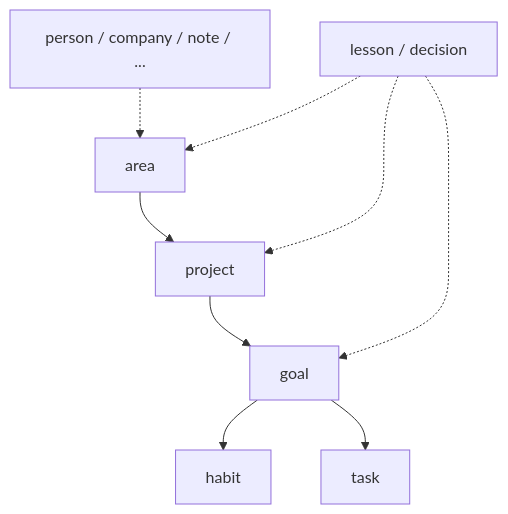
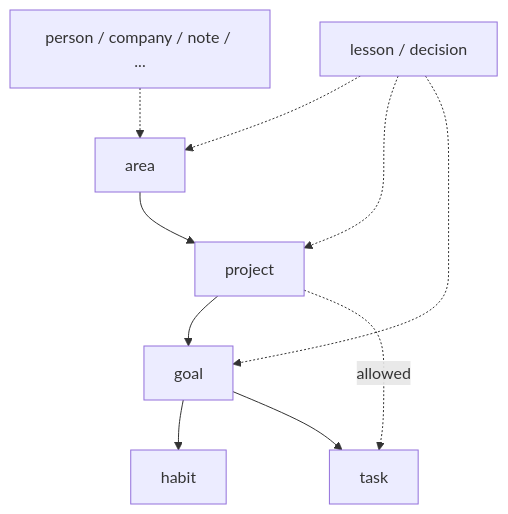
Before and after one commit to dgraziosi/foundation: the fourth of 10 diagrams in docs/ARCHITECTURE.md, drawn with Mermaid. The commit also changed other lines of this file and 22 other files, not shown here.

First line of the commit message:
feat: data_equals search filter and task child_of project

````diff
--- a/docs/ARCHITECTURE.md
+++ b/docs/ARCHITECTURE.md
@@ -90,21 +90,22 @@
 ```mermaid
 flowchart TB
   area["area"]
   project["project"]
   goal["goal"]
   habit["habit"]
   task["task"]
 
   area --> project
   project --> goal
   goal --> habit
   goal --> task
+  project -.->|"allowed"| task
 
   hang["lesson / decision"]
   hang -.-> area
   hang -.-> project
   hang -.-> goal
 
   beside["person / company / note / ..."]
   beside -.-> area
 ```
````
